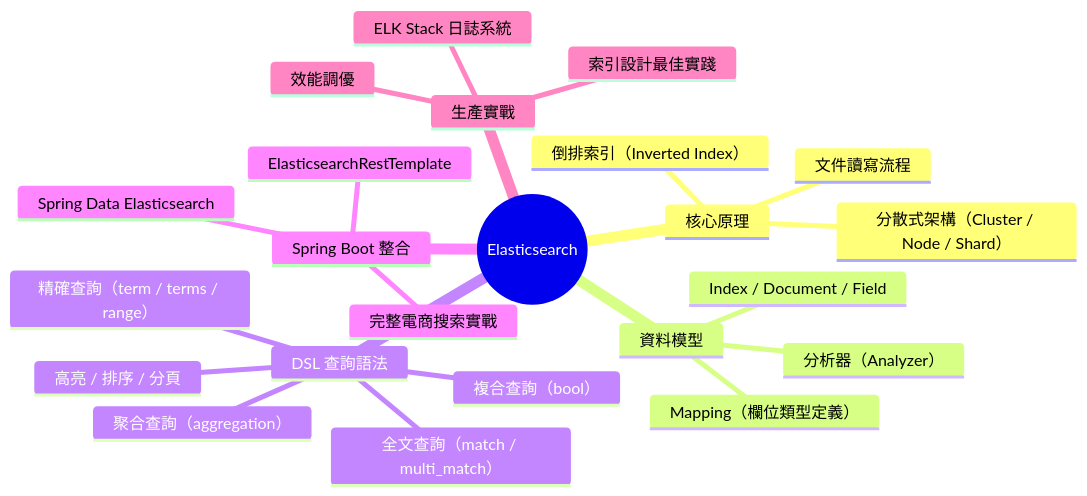
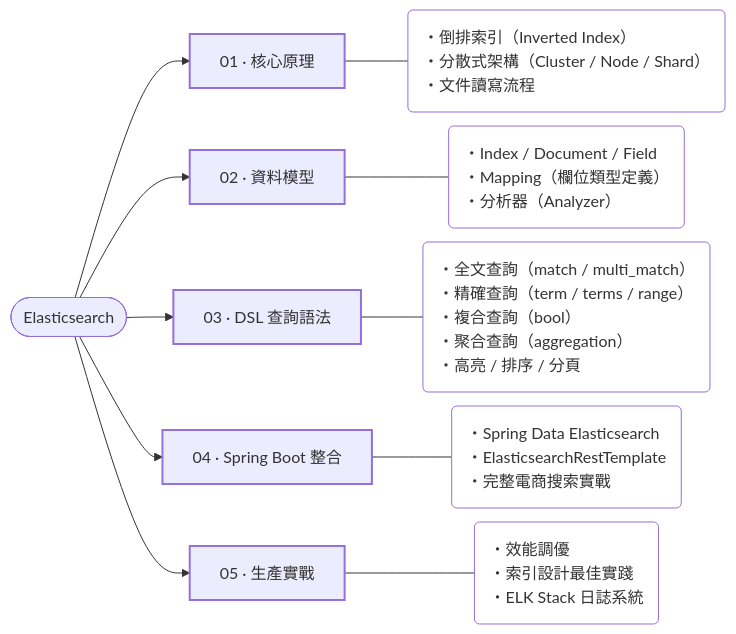
The diagram in docs/data/elasticsearch/index.md (AnthonyFuFu/StudyNotes), drawn with Mermaid before and after one commit. The commit also changed 43 other files, not shown here.

````diff
--- a/docs/data/elasticsearch/index.md
+++ b/docs/data/elasticsearch/index.md
@@ -13,26 +13,29 @@
 ``` mermaid
-mindmap
-  root((Elasticsearch))
-    核心原理
-      倒排索引（Inverted Index）
-      分散式架構（Cluster / Node / Shard）
-      文件讀寫流程
-    資料模型
-      Index / Document / Field
-      Mapping（欄位類型定義）
-      分析器（Analyzer）
-    DSL 查詢語法
-      全文查詢（match / multi_match）
-      精確查詢（term / terms / range）
-      複合查詢（bool）
-      聚合查詢（aggregation）
-      高亮 / 排序 / 分頁
-    Spring Boot 整合
-      Spring Data Elasticsearch
-      ElasticsearchRestTemplate
-      完整電商搜索實戰
-    生產實戰
-      效能調優
-      索引設計最佳實踐
-      ELK Stack 日誌系統
+%%{init: {"flowchart": {"nodeSpacing": 14, "rankSpacing": 36, "wrappingWidth": 420}}}%%
+flowchart LR
+    R(["Elasticsearch"])
+    c0["01 · 核心原理"]
+    R --> c0
+    p0("・倒排索引（Inverted Index）<br>・分散式架構（Cluster / Node / Shard）<br>・文件讀寫流程")
+    c0 --- p0
+    c1["02 · 資料模型"]
+    R --> c1
+    p1("・Index / Document / Field<br>・Mapping（欄位類型定義）<br>・分析器（Analyzer）")
+    c1 --- p1
+    c2["03 · DSL 查詢語法"]
+    R --> c2
+    p2("・全文查詢（match / multi_match）<br>・精確查詢（term / terms / range）<br>・複合查詢（bool）<br>・聚合查詢（aggregation）<br>・高亮 / 排序 / 分頁")
+    c2 --- p2
+    c3["04 · Spring Boot 整合"]
+    R --> c3
+    p3("・Spring Data Elasticsearch<br>・ElasticsearchRestTemplate<br>・完整電商搜索實戰")
+    c3 --- p3
+    c4["05 · 生產實戰"]
+    R --> c4
+    p4("・效能調優<br>・索引設計最佳實踐<br>・ELK Stack 日誌系統")
+    c4 --- p4
+    classDef chapter stroke-width:2px
+    classDef points fill:transparent,text-align:left
+    class c0,c1,c2,c3,c4 chapter
+    class p0,p1,p2,p3,p4 points
 ```
````
